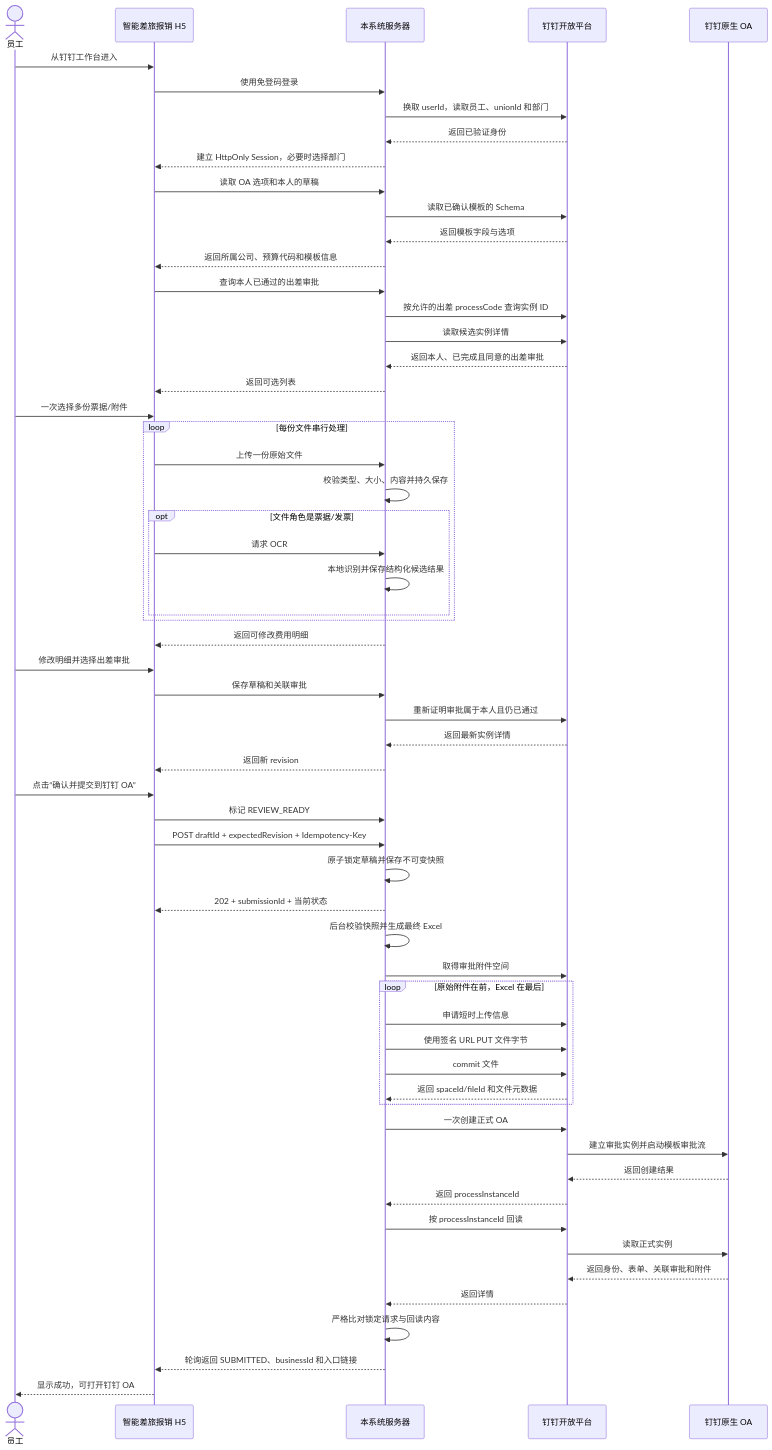
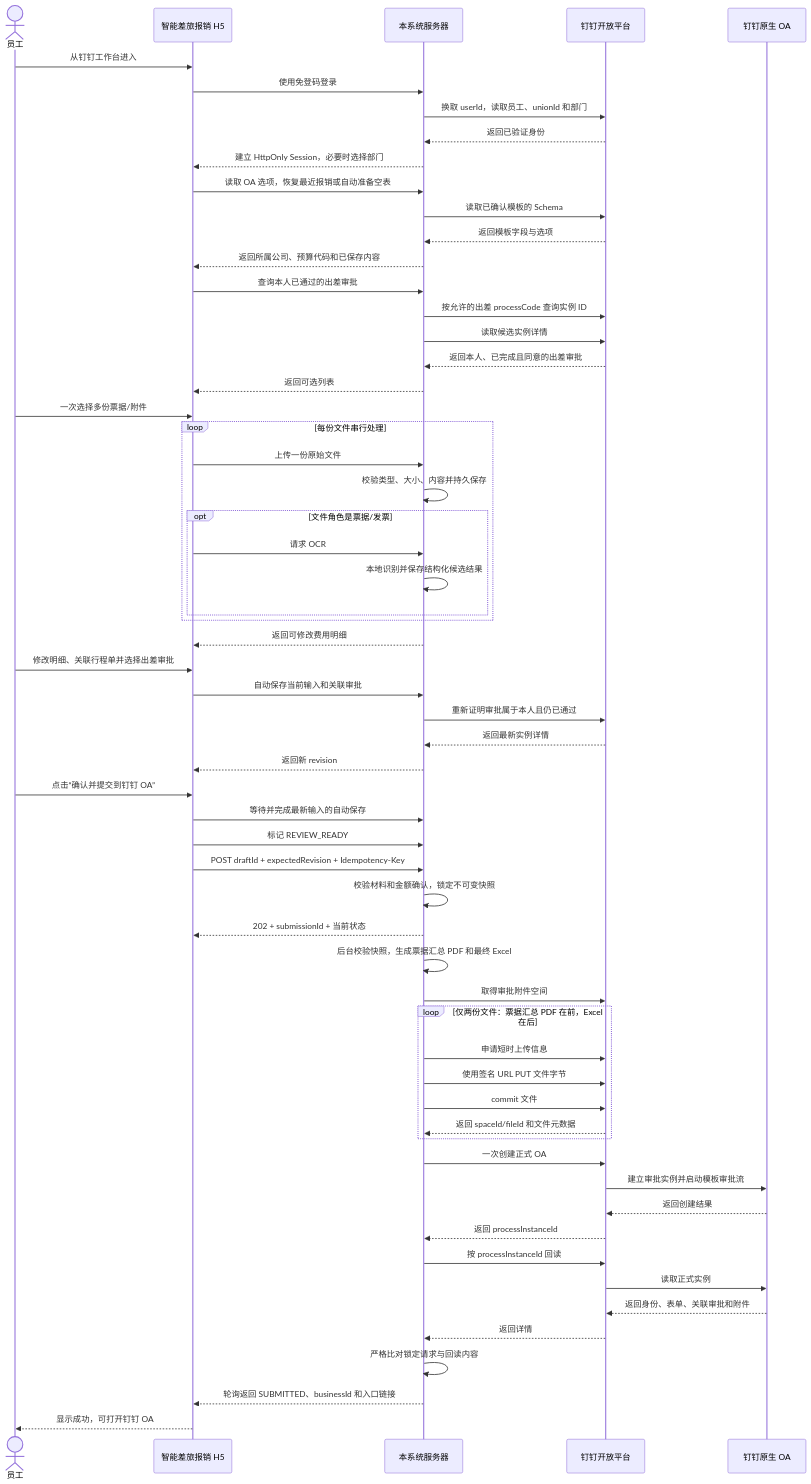
One commit to BearDrinkbeer/dingtalk-travel-reimbursement changed the second of 3 diagrams in docs/DINGTALK_OA_INTEGRATION_DESIGN.md. Above: the diagram before and after it, drawn with Mermaid. The commit also changed other lines of this file and 59 other files, not shown here.

````diff
--- a/docs/DINGTALK_OA_INTEGRATION_DESIGN.md
+++ b/docs/DINGTALK_OA_INTEGRATION_DESIGN.md
@@ -67,69 +71,70 @@
 ```mermaid
 sequenceDiagram
     actor U as 员工
     participant H as 智能差旅报销 H5
     participant S as 本系统服务器
     participant D as 钉钉开放平台
     participant OA as 钉钉原生 OA
 
     U->>H: 从钉钉工作台进入
     H->>S: 使用免登码登录
     S->>D: 换取 userId，读取员工、unionId 和部门
     D-->>S: 返回已验证身份
     S-->>H: 建立 HttpOnly Session，必要时选择部门
 
-    H->>S: 读取 OA 选项和本人的草稿
+    H->>S: 读取 OA 选项，恢复最近报销或自动准备空表
     S->>D: 读取已确认模板的 Schema
     D-->>S: 返回模板字段与选项
-    S-->>H: 返回所属公司、预算代码和模板信息
+    S-->>H: 返回所属公司、预算代码和已保存内容
 
     H->>S: 查询本人已通过的出差审批
     S->>D: 按允许的出差 processCode 查询实例 ID
     S->>D: 读取候选实例详情
     D-->>S: 返回本人、已完成且同意的出差审批
     S-->>H: 返回可选列表
 
     U->>H: 一次选择多份票据/附件
     loop 每份文件串行处理
         H->>S: 上传一份原始文件
         S->>S: 校验类型、大小、内容并持久保存
         opt 文件角色是票据/发票
             H->>S: 请求 OCR
             S->>S: 本地识别并保存结构化候选结果
         end
     end
     S-->>H: 返回可修改费用明细
 
-    U->>H: 修改明细并选择出差审批
-    H->>S: 保存草稿和关联审批
+    U->>H: 修改明细、关联行程单并选择出差审批
+    H->>S: 自动保存当前输入和关联审批
     S->>D: 重新证明审批属于本人且仍已通过
     D-->>S: 返回最新实例详情
     S-->>H: 返回新 revision
 
     U->>H: 点击“确认并提交到钉钉 OA”
+    H->>S: 等待并完成最新输入的自动保存
     H->>S: 标记 REVIEW_READY
     H->>S: POST draftId + expectedRevision + Idempotency-Key
-    S->>S: 原子锁定草稿并保存不可变快照
+    S->>S: 校验材料和金额确认，锁定不可变快照
     S-->>H: 202 + submissionId + 当前状态
 
-    S->>S: 后台校验快照并生成最终 Excel
+    S->>S: 后台校验快照，生成票据汇总 PDF 和最终 Excel
     S->>D: 取得审批附件空间
-    loop 原始附件在前，Excel 在最后
+    loop 仅两份文件：票据汇总 PDF 在前，Excel 在后
         S->>D: 申请短时上传信息
         S->>D: 使用签名 URL PUT 文件字节
         S->>D: commit 文件
         D-->>S: 返回 spaceId/fileId 和文件元数据
     end
 
     S->>D: 一次创建正式 OA
     D->>OA: 建立审批实例并启动模板审批流
     OA-->>D: 返回创建结果
     D-->>S: 返回 processInstanceId
     S->>D: 按 processInstanceId 回读
     D->>OA: 读取正式实例
     OA-->>D: 返回身份、表单、关联审批和附件
     D-->>S: 返回详情
     S->>S: 严格比对锁定请求与回读内容
     S-->>H: 轮询返回 SUBMITTED、businessId 和入口链接
     H-->>U: 显示成功，可打开钉钉 OA
 ```
````
